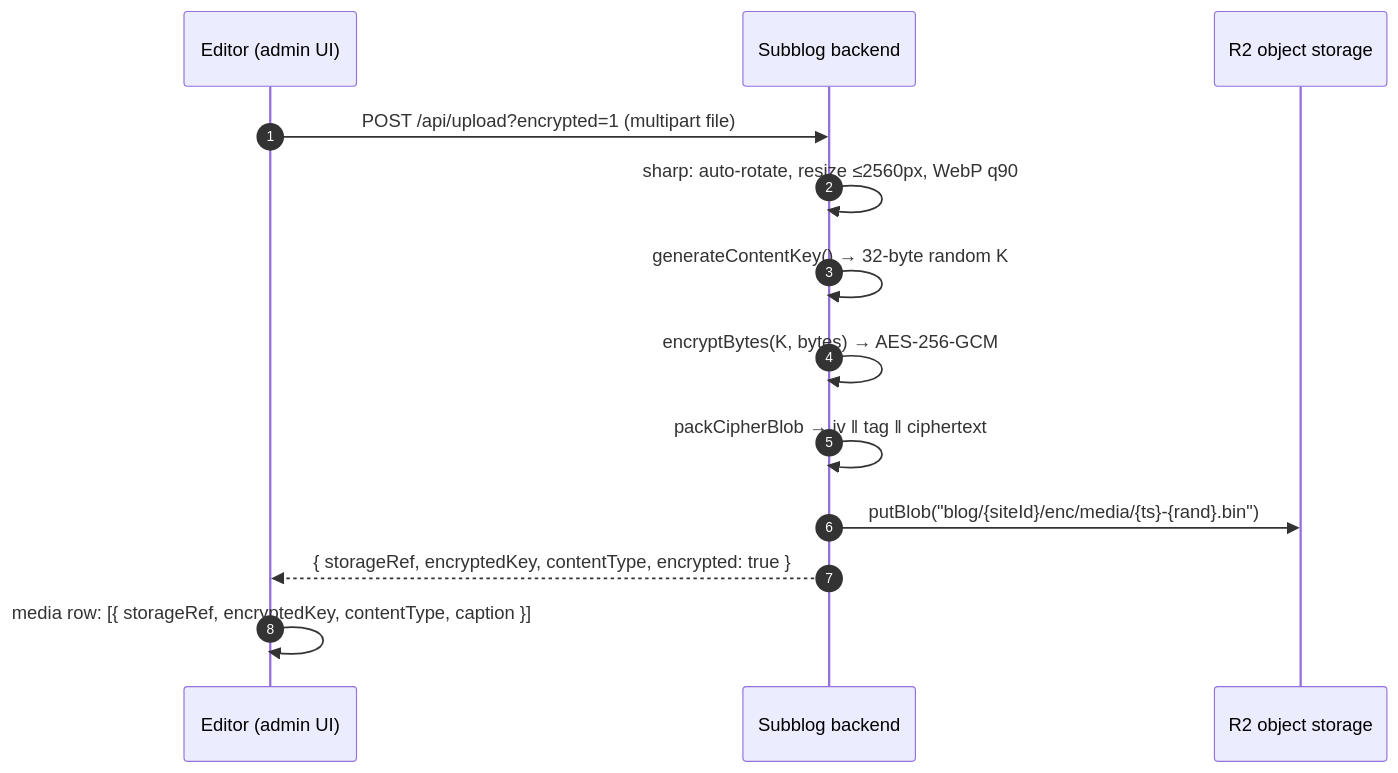
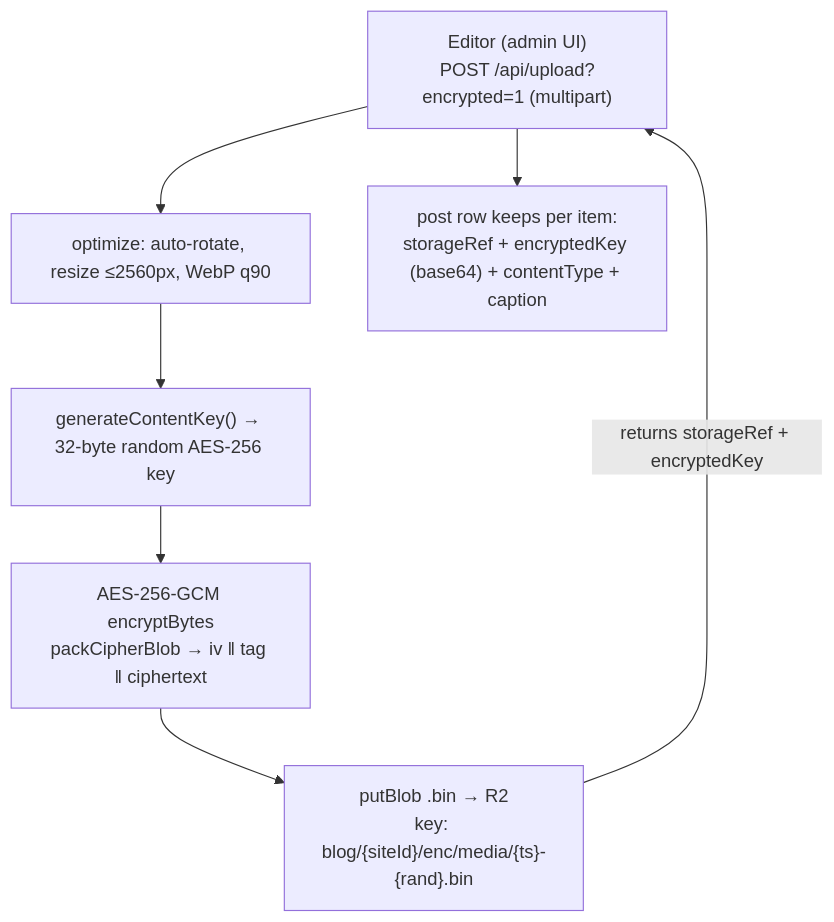
The second of 4 diagrams in docs/src/app/encryption/page.mdx (fortunesayspump/nibgate), drawn with Mermaid before and after one commit. The commit also changed other lines of this file, not shown here.

Commit message:
docs: add encryption lifecycle overview and simplify encryption diagrams

````diff
--- a/docs/src/app/encryption/page.mdx
+++ b/docs/src/app/encryption/page.mdx
@@ -51,16 +85,13 @@
 ```mermaid
-sequenceDiagram
-    autonumber
-    participant E as Editor (admin UI)
-    participant B as Subblog backend
-    participant R as R2 object storage
+flowchart TD
+    E["Editor (admin UI)<br/>POST /api/upload?encrypted=1 (multipart)"]
+    O["optimize: auto-rotate, resize ≤2560px, WebP q90"]
+    K["generateContentKey() → 32-byte random AES-256 key"]
+    C["AES-256-GCM encryptBytes<br/>packCipherBlob → iv ‖ tag ‖ ciphertext"]
+    U["putBlob .bin → R2<br/>key: blog/{siteId}/enc/media/{ts}-{rand}.bin"]
+    D["post row keeps per item:<br/>storageRef + encryptedKey (base64) + contentType + caption"]
 
-    E->>B: POST /api/upload?encrypted=1 (multipart file)
-    B->>B: sharp: auto-rotate, resize ≤2560px, WebP q90
-    B->>B: generateContentKey() → 32-byte random K
-    B->>B: encryptBytes(K, bytes) → AES-256-GCM
-    B->>B: packCipherBlob → iv ‖ tag ‖ ciphertext
-    B->>R: putBlob("blog/{siteId}/enc/media/{ts}-{rand}.bin")
-    B-->>E: { storageRef, encryptedKey, contentType, encrypted: true }
-    E->>E: media row: [{ storageRef, encryptedKey, contentType, caption }]
+    E --> O --> K --> C --> U
+    U -->|"returns storageRef + encryptedKey"| E
+    E --> D
 ```
````
